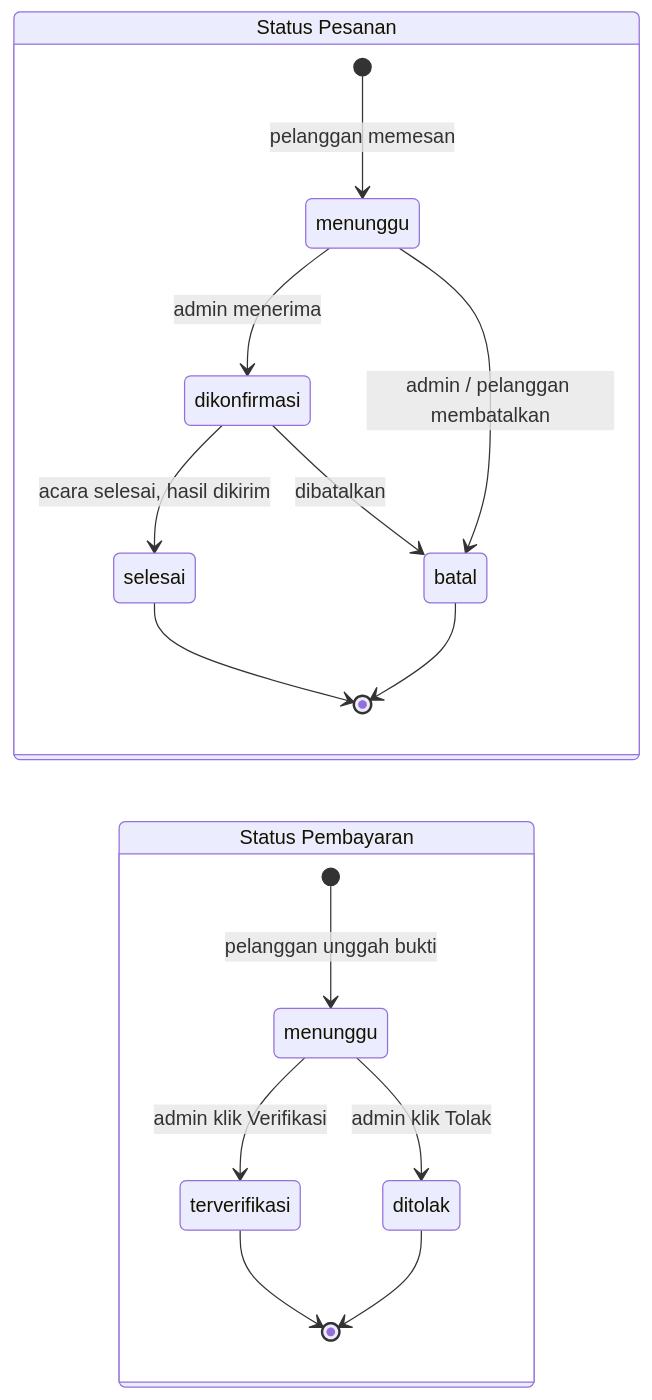
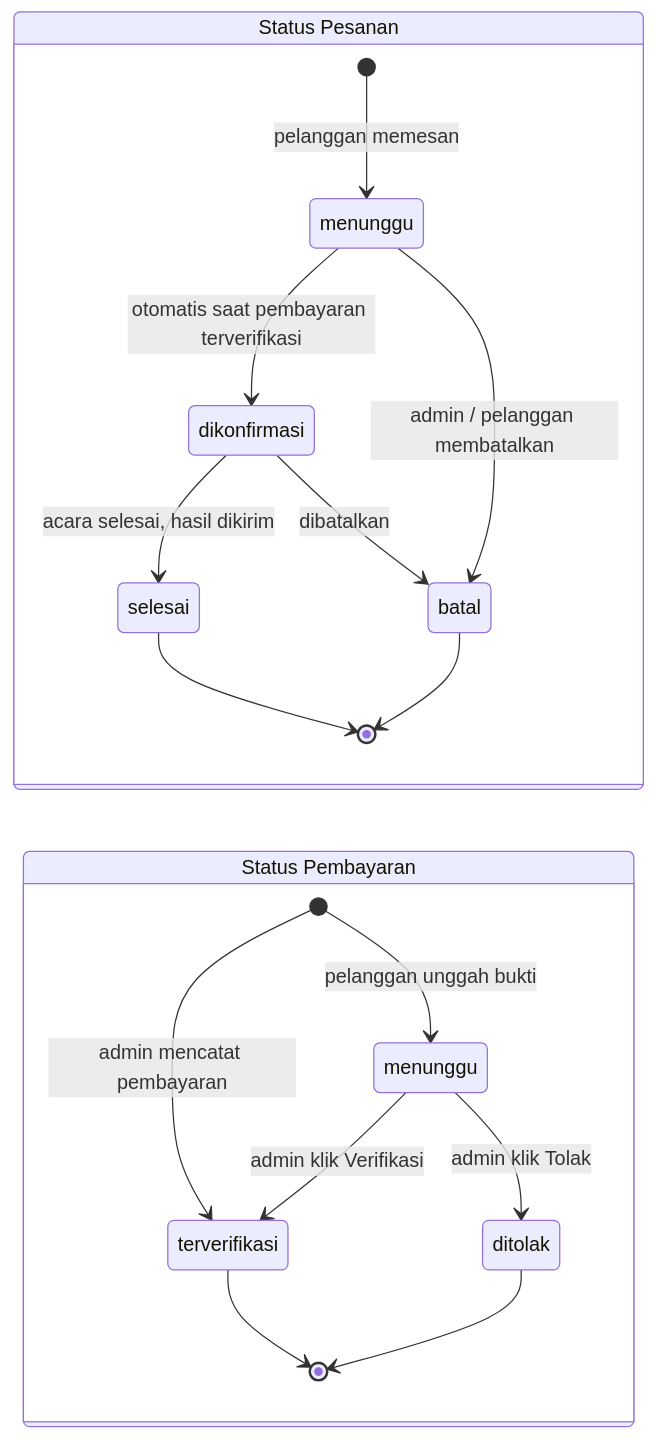
One commit to gustirizqon123-ops/Website_Jasa_PhotoVideo_SistemOperasi changed the fifth of 5 diagrams in ALUR-SISTEM.md. Above: the diagram before and after it, drawn with Mermaid. The commit also changed other lines of this file and 9 other files, not shown here.

First line of the commit message:
Finalkan ALUR-SISTEM.md, sesuaikan SITEMAP.md dan ERD.md

````diff
--- a/ALUR-SISTEM.md
+++ b/ALUR-SISTEM.md
@@ -247,23 +276,24 @@
 ```mermaid
 stateDiagram-v2
     direction LR
 
     state "Status Pesanan" as SP {
         [*] --> menunggu : pelanggan memesan
-        menunggu --> dikonfirmasi : admin menerima
+        menunggu --> dikonfirmasi : otomatis saat pembayaran terverifikasi
         menunggu --> batal : admin / pelanggan membatalkan
         dikonfirmasi --> selesai : acara selesai, hasil dikirim
         dikonfirmasi --> batal : dibatalkan
         selesai --> [*]
         batal --> [*]
     }
 
     state "Status Pembayaran" as SB {
         state "menunggu" as tunggu
         [*] --> tunggu : pelanggan unggah bukti
+        [*] --> terverifikasi : admin mencatat pembayaran
         tunggu --> terverifikasi : admin klik Verifikasi
         tunggu --> ditolak : admin klik Tolak
         terverifikasi --> [*]
         ditolak --> [*]
     }
 ```
````
